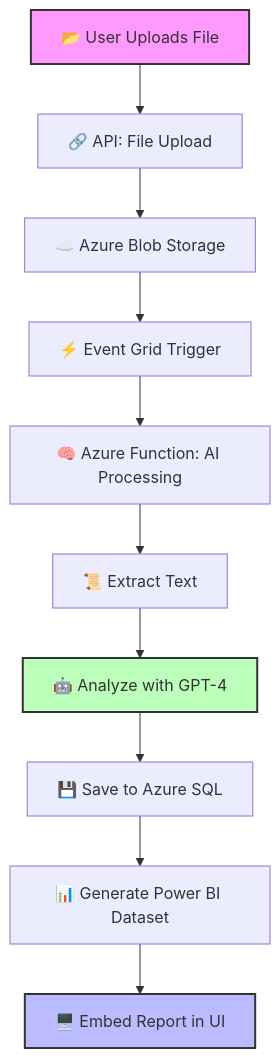
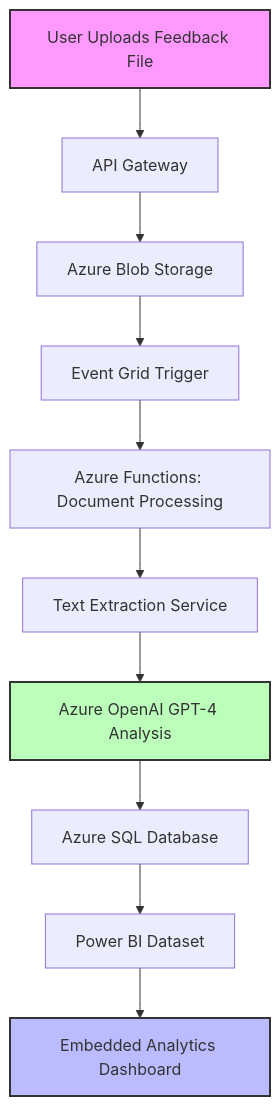
Before and after one commit to victorbash400/AnalitiqProject: the diagram in README.md, drawn with Mermaid. The commit also changed other lines of this file, not shown here.

````diff
--- a/README.md
+++ b/README.md
@@ -57,16 +81,16 @@
 ```mermaid
 graph TD
-    A[📂 User Uploads File] --> B[🔗 API: File Upload]
-    B --> C[☁️ Azure Blob Storage]
-    C --> D[⚡ Event Grid Trigger]
-    D --> E[🧠 Azure Function: AI Processing]
-    E --> F[📜 Extract Text]
-    F --> G[🤖 Analyze with GPT-4]
-    G --> H[💾 Save to Azure SQL]
-    H --> I[📊 Generate Power BI Dataset]
-    I --> J[🖥️ Embed Report in UI]
-
+    A[User Uploads Feedback File] --> B[API Gateway]
+    B --> C[Azure Blob Storage]
+    C --> D[Event Grid Trigger]
+    D --> E[Azure Functions: Document Processing]
+    E --> F[Text Extraction Service]
+    F --> G[Azure OpenAI GPT-4 Analysis]
+    G --> H[Azure SQL Database]
+    H --> I[Power BI Dataset]
+    I --> J[Embedded Analytics Dashboard]
+    
     style A fill:#f9f,stroke:#333,stroke-width:2px
+    style G fill:#bfb,stroke:#333,stroke-width:2px
     style J fill:#bbf,stroke:#333,stroke-width:2px
-    style G fill:#bfb,stroke:#333,stroke-width:2px
 ```
````
